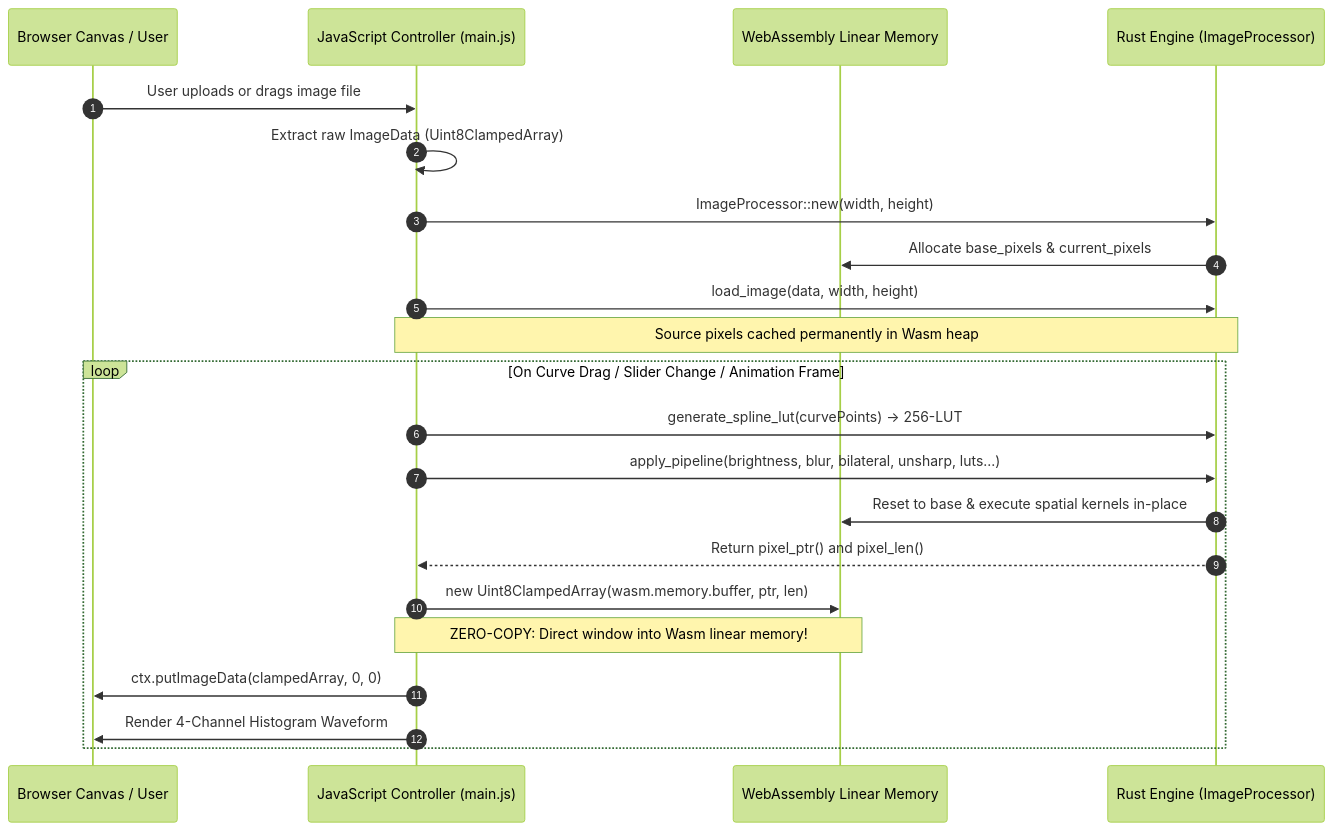
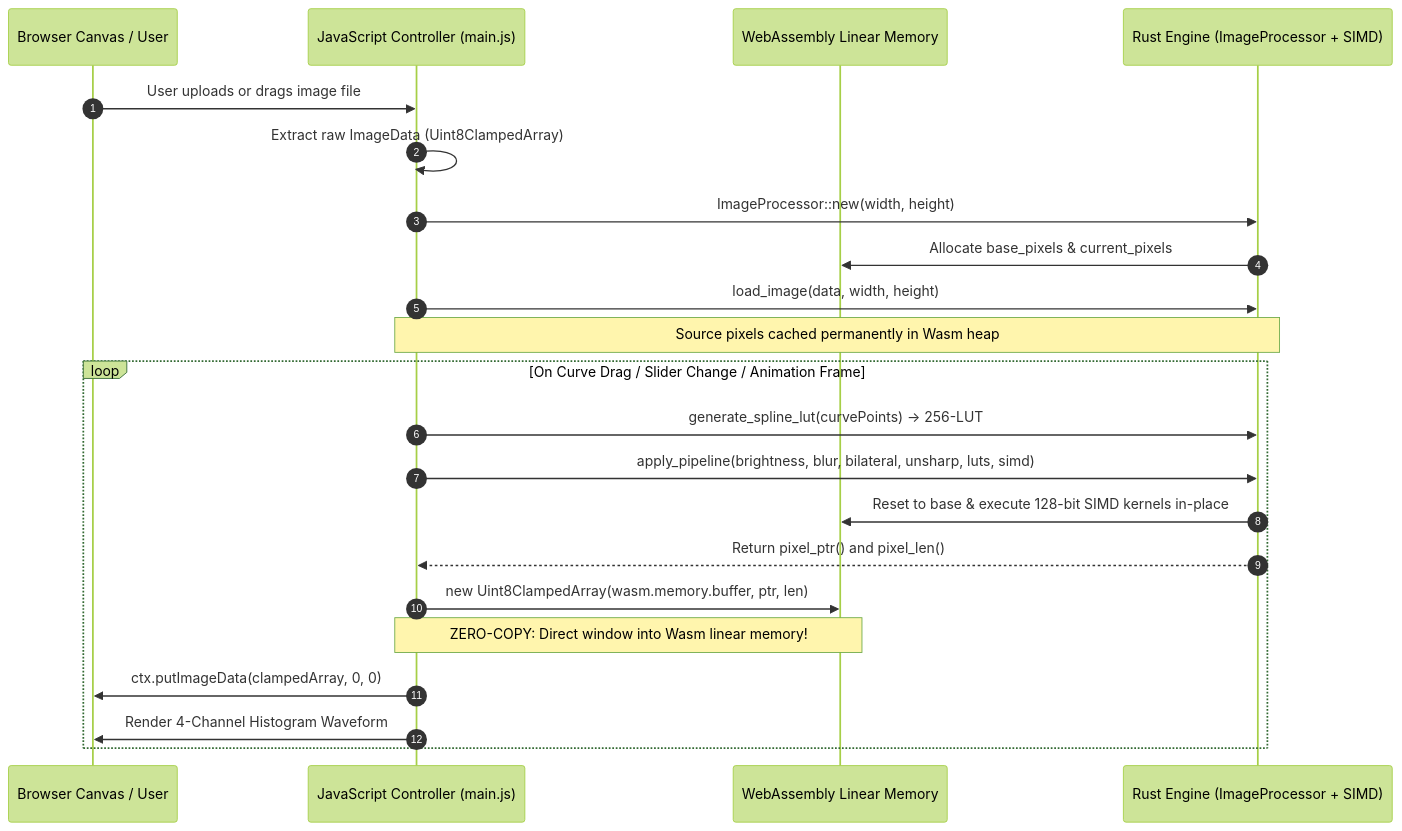
The second of 2 diagrams in README.md (faizan-7890/RUST), drawn with Mermaid (forest theme) before and after one commit. The commit also changed other lines of this file, not shown here.

Commit message:
docs: document WASM SIMD128 vector acceleration architecture and benchmarks

````diff
--- a/README.md
+++ b/README.md
@@ -63,26 +77,26 @@
 ```mermaid
 sequenceDiagram
     autonumber
     participant UI as Browser Canvas / User
     participant JS as JavaScript Controller (main.js)
     participant WasmMem as WebAssembly Linear Memory
-    participant Rust as Rust Engine (ImageProcessor)
+    participant Rust as Rust Engine (ImageProcessor + SIMD)
 
     UI->>JS: User uploads or drags image file
     JS->>JS: Extract raw ImageData (Uint8ClampedArray)
     JS->>Rust: ImageProcessor::new(width, height)
     Rust->>WasmMem: Allocate base_pixels & current_pixels
     JS->>Rust: load_image(data, width, height)
     Note over JS,Rust: Source pixels cached permanently in Wasm heap
 
     loop On Curve Drag / Slider Change / Animation Frame
         JS->>Rust: generate_spline_lut(curvePoints) -> 256-LUT
-        JS->>Rust: apply_pipeline(brightness, blur, bilateral, unsharp, luts...)
-        Rust->>WasmMem: Reset to base & execute spatial kernels in-place
+        JS->>Rust: apply_pipeline(brightness, blur, bilateral, unsharp, luts, simd)
+        Rust->>WasmMem: Reset to base & execute 128-bit SIMD kernels in-place
         Rust-->>JS: Return pixel_ptr() and pixel_len()
         JS->>WasmMem: new Uint8ClampedArray(wasm.memory.buffer, ptr, len)
         Note over JS,WasmMem: ZERO-COPY: Direct window into Wasm linear memory!
         JS->>UI: ctx.putImageData(clampedArray, 0, 0)
         JS->>UI: Render 4-Channel Histogram Waveform
     end
 ```
````
